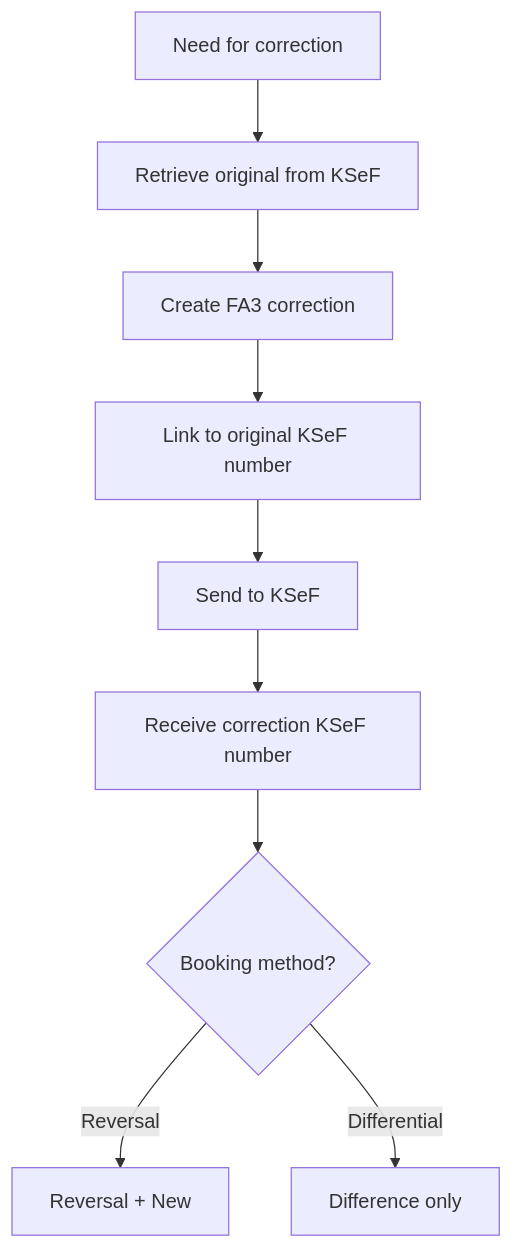
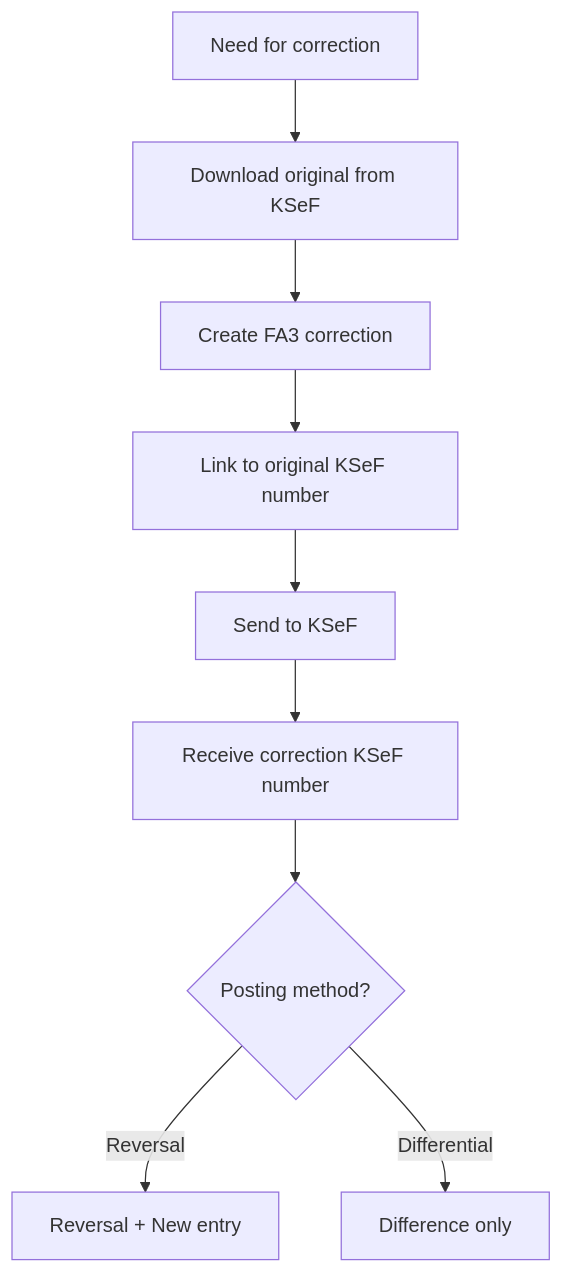
The third of 3 diagrams in ksef-accountant-en/references/ksef-accounting-workflows.md (alexwoo-awso/skills), drawn with Mermaid before and after one commit. The commit also changed other lines of this file and 8 other files, not shown here.

````diff
--- a/ksef-accountant-en/references/ksef-accounting-workflows.md
+++ b/ksef-accountant-en/references/ksef-accounting-workflows.md
@@ -230,11 +230,11 @@
 ```mermaid
 graph TD
-    A[Need for correction] --> B[Retrieve original from KSeF]
+    A[Need for correction] --> B[Download original from KSeF]
     B --> C[Create FA3 correction]
     C --> D[Link to original KSeF number]
     D --> E[Send to KSeF]
     E --> F[Receive correction KSeF number]
-    F --> G{Booking method?}
-    G -->|Reversal| H[Reversal + New]
+    F --> G{Posting method?}
+    G -->|Reversal| H[Reversal + New entry]
     G -->|Differential| I[Difference only]
 ```
````
